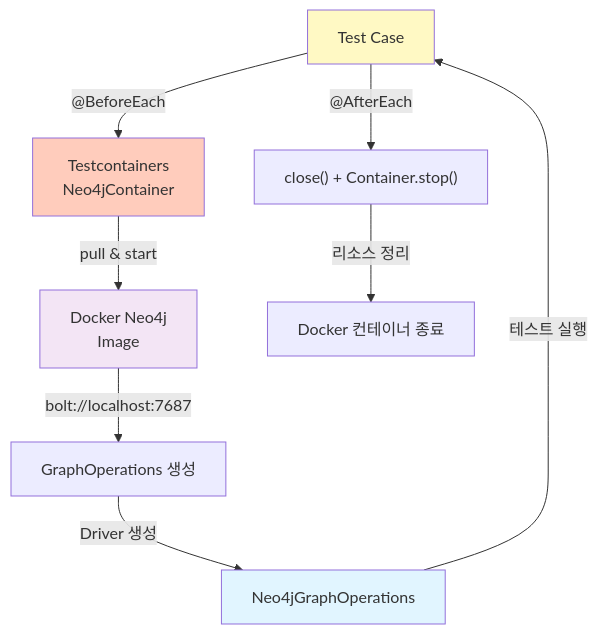
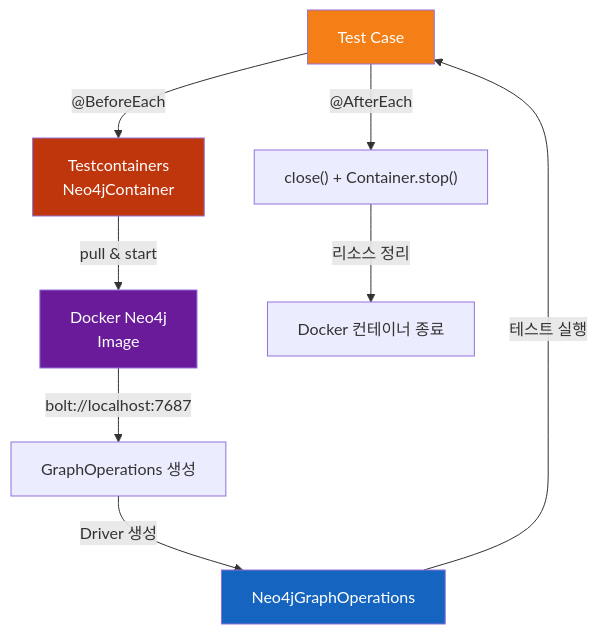
Before and after one commit to bluetape4k/bluetape4k-experimental: diagram 12 of 12 in graph/graph-neo4j/README.md, drawn with Mermaid. The commit also changed other lines of this file and 71 other files, not shown here.

First line of the commit message:
feat(graph): Memgraph, TinkerPop 백엔드 및 Neo4j/Memgraph/TinkerPop 예제 추가

````diff
--- a/graph/graph-neo4j/README.md
+++ b/graph/graph-neo4j/README.md
@@ -539,22 +539,22 @@
 ```mermaid
 graph TD
     Test["Test Case"]
     Container["Testcontainers<br/>Neo4jContainer"]
     DockerNeo4j["Docker Neo4j<br/>Image"]
     DriverCreation["GraphOperations 생성"]
     Ops["Neo4jGraphOperations"]
 
     Test -->|"@BeforeEach"| Container
     Container -->|"pull & start"| DockerNeo4j
     DockerNeo4j -->|"bolt://localhost:7687"| DriverCreation
     DriverCreation -->|"Driver 생성"| Ops
     Ops -->|"테스트 실행"| Test
 
     Test -->|"@AfterEach"| Stop["close() + Container.stop()"]
     Stop -->|"리소스 정리"| Cleanup["Docker 컨테이너 종료"]
 
-    style Container fill:#ffccbc
-    style DockerNeo4j fill:#f3e5f5
-    style Ops fill:#e1f5ff
-    style Test fill:#fff9c4
+    style Container fill:#BF360C,color:#fff
+    style DockerNeo4j fill:#6A1B9A,color:#fff
+    style Ops fill:#1565C0,color:#fff
+    style Test fill:#F57F17,color:#fff
 ```
````
